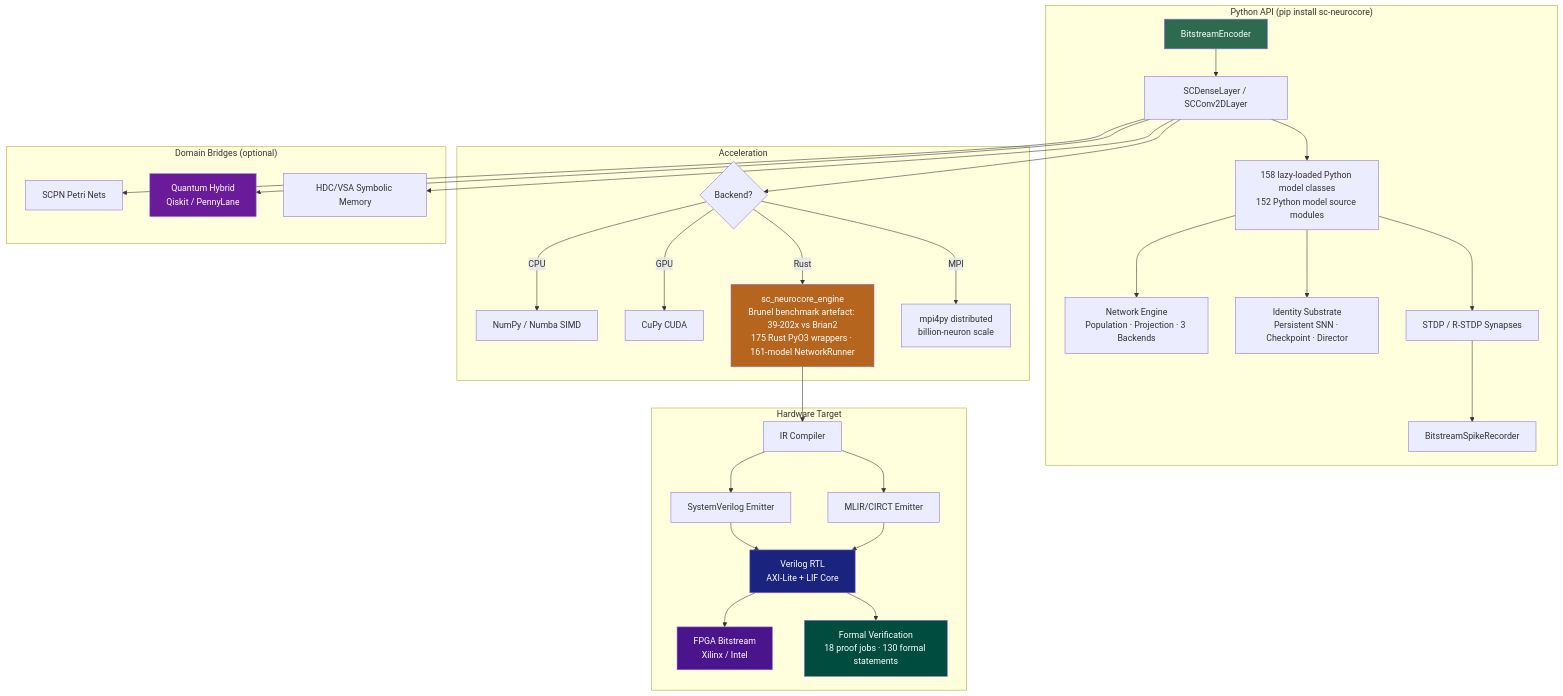
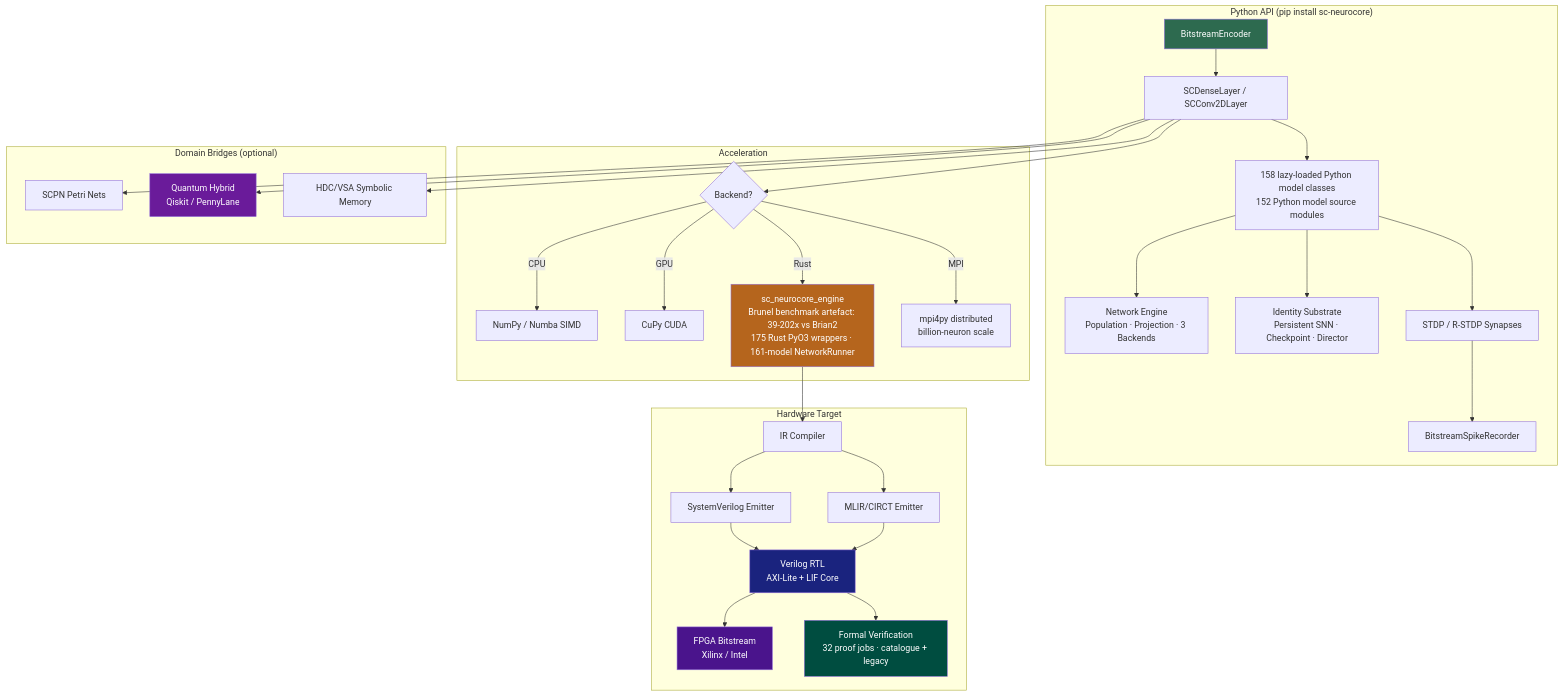
Before and after one commit to anulum/sc-neurocore: the diagram in README.md, drawn with Mermaid. The commit also changed other lines of this file and 47 other files, not shown here.

First line of the commit message:
feat: add 14 SymbiYosys jobs for dual-axis perfect catalogue models

````diff
--- a/README.md
+++ b/README.md
@@ -313,42 +313,42 @@
 ```mermaid
 graph TD
     subgraph "Python API (pip install sc-neurocore)"
         A[BitstreamEncoder] --> B[SCDenseLayer / SCConv2DLayer]
         B --> C[158 lazy-loaded Python model classes<br/>152 Python model source modules]
         C --> NET[Network Engine<br/>Population · Projection · 3 Backends]
         C --> ID[Identity Substrate<br/>Persistent SNN · Checkpoint · Director]
         C --> D[STDP / R-STDP Synapses]
         D --> E[BitstreamSpikeRecorder]
     end
 
     subgraph "Acceleration"
         B --> F{Backend?}
         F -->|CPU| G[NumPy / Numba SIMD]
         F -->|GPU| H[CuPy CUDA]
         F -->|Rust| I[sc_neurocore_engine<br/>Brunel benchmark artefact: 39-202x vs Brian2<br/>175 Rust PyO3 wrappers · 161-model NetworkRunner]
         F -->|MPI| MPI[mpi4py distributed<br/>billion-neuron scale]
     end
 
     subgraph "Hardware Target"
         I --> J[IR Compiler]
         J --> K[SystemVerilog Emitter]
         J --> K2[MLIR/CIRCT Emitter]
         K --> L[Verilog RTL<br/>AXI-Lite + LIF Core]
         K2 --> L
         L --> M[FPGA Bitstream<br/>Xilinx / Intel]
-        L --> V[Formal Verification<br/>18 proof jobs · 130 formal statements]
+        L --> V[Formal Verification<br/>32 proof jobs · catalogue + legacy]
     end
 
     subgraph "Domain Bridges (optional)"
         B --> N[SCPN Petri Nets]
         B --> O[Quantum Hybrid<br/>Qiskit / PennyLane]
         B --> P[HDC/VSA Symbolic Memory]
     end
 
     style A fill:#2d6a4f,color:#fff
     style I fill:#b5651d,color:#fff
     style L fill:#1a237e,color:#fff
     style M fill:#4a148c,color:#fff
     style O fill:#6a1b9a,color:#fff
     style V fill:#004d40,color:#fff
 ```
````
